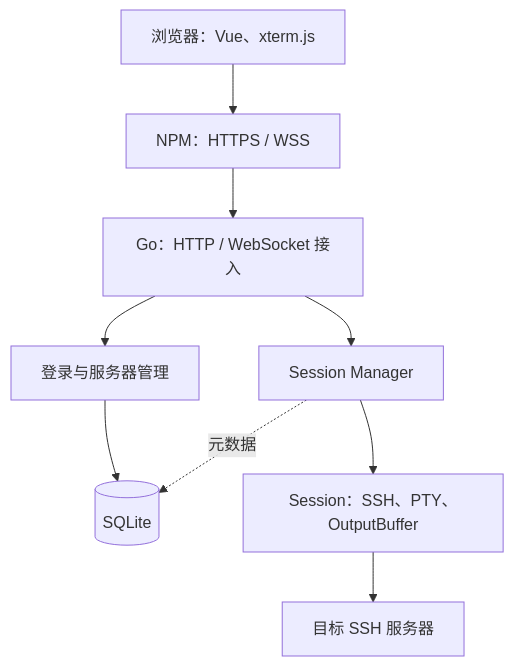
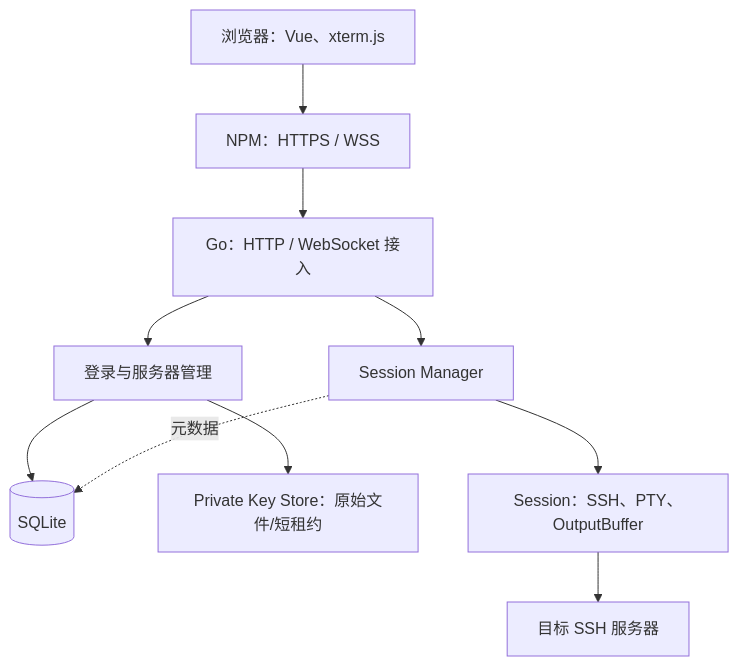
Before and after one commit to stearsc/web-ssh: the diagram in doc/web-ssh-architecture-implementation-plan.md, drawn with Mermaid. The commit also changed other lines of this file and 4 other files, not shown here.

````diff
--- a/doc/web-ssh-architecture-implementation-plan.md
+++ b/doc/web-ssh-architecture-implementation-plan.md
@@ -14,11 +14,12 @@
 ```mermaid
 flowchart TB
     Browser["浏览器：Vue、xterm.js"] --> Proxy["NPM：HTTPS / WSS"]
     Proxy --> HTTP["Go：HTTP / WebSocket 接入"]
     HTTP --> Auth["登录与服务器管理"]
     HTTP --> Manager["Session Manager"]
     Auth --> DB[(SQLite)]
+    Auth --> KeyStore["Private Key Store：原始文件/短租约"]
     Manager --> Session["Session：SSH、PTY、OutputBuffer"]
     Manager -. 元数据 .-> DB
     Session --> Remote["目标 SSH 服务器"]
 ```
````
